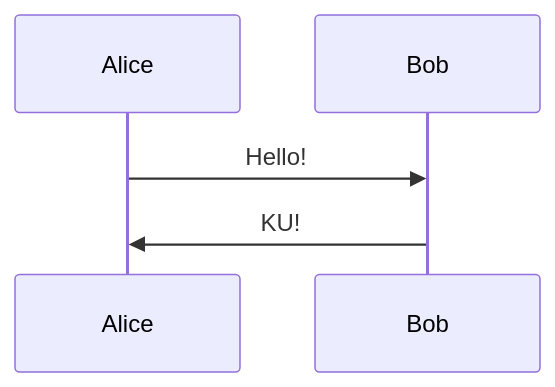
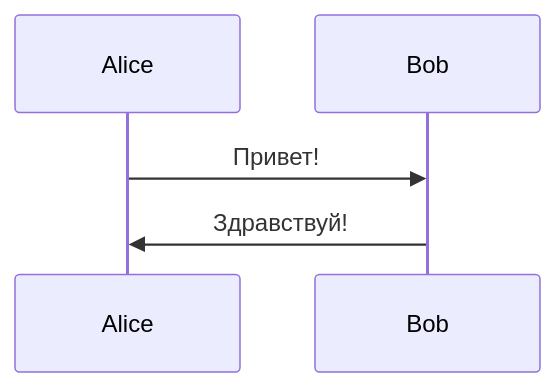
One commit to quigon189/schedule-bot changed the diagram in services/bot_service/README.md. Above: the diagram before and after it, drawn with Mermaid.

````diff
--- a/services/bot_service/README.md
+++ b/services/bot_service/README.md
@@ -55,5 +55,5 @@
 ```mermaid
 sequenceDiagram
-    Alice->>Bob: Hello!
-    Bob->>Alice: KU!
+    Alice->>Bob: Привет!
+    Bob->>Alice: Здравствуй!
 ```
````
